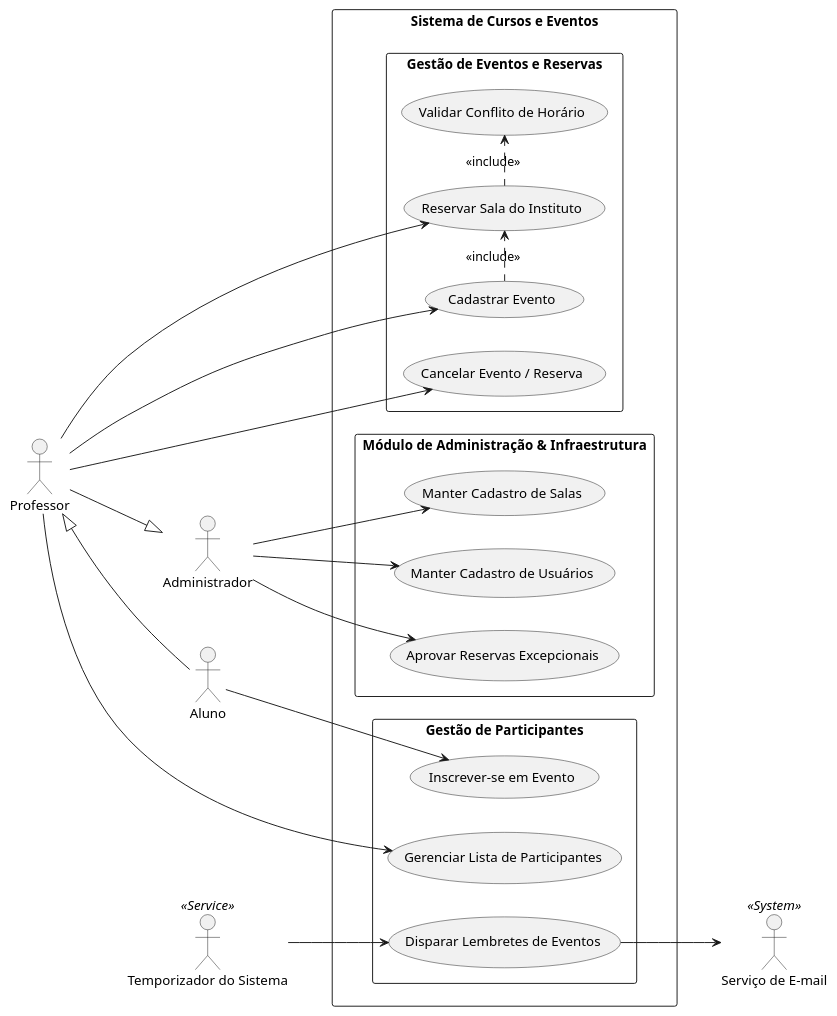
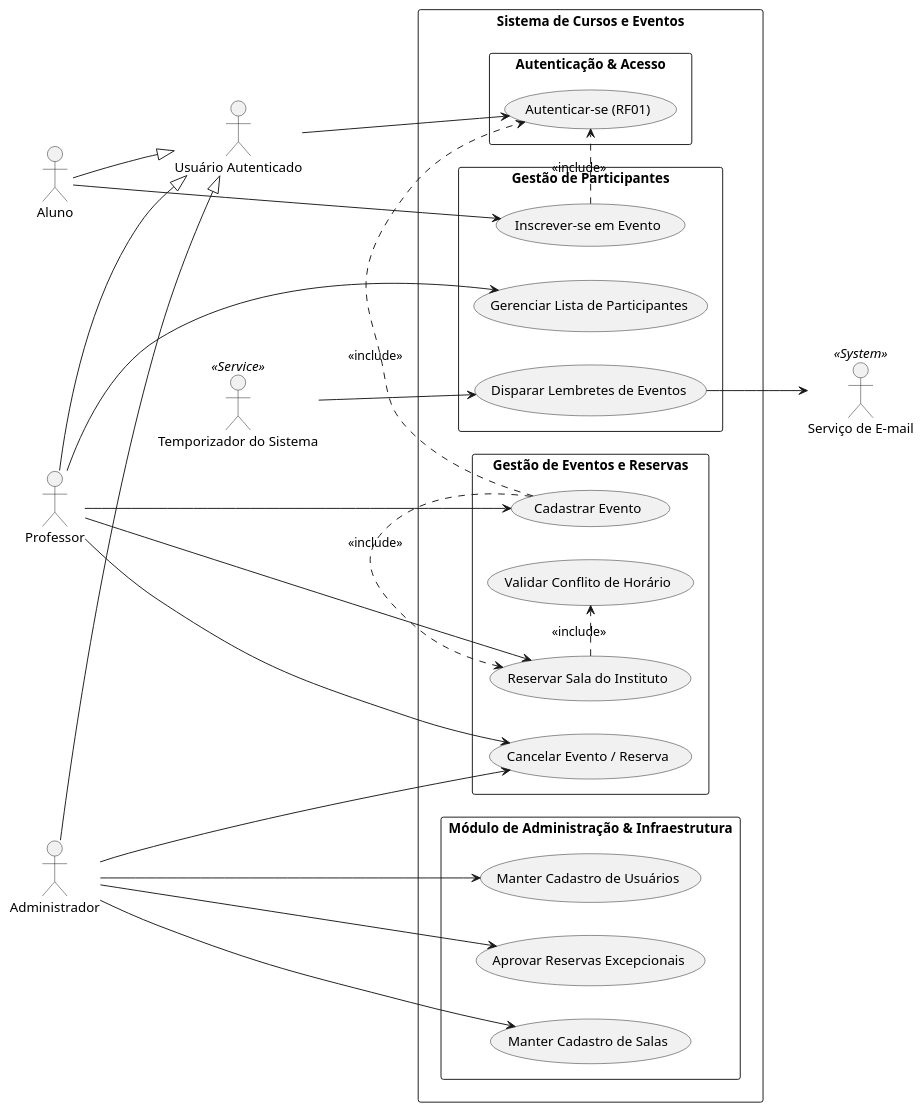
The diagram in doc/diagramas/usecade.plantuml (ErickGeovane0706/campus-event-hub), drawn with PlantUML before and after one commit. The commit also changed 4 other files, not shown here.

```diff
--- a/doc/diagramas/usecade.plantuml
+++ b/doc/diagramas/usecade.plantuml
@@ -1,58 +1,71 @@
 @startuml
 left to right direction
 skinparam packageStyle rectangle
 
+actor "Usuário Autenticado" as usuario
+actor "Aluno" as aluno
 actor "Professor" as prof
-actor "Aluno" as aluno
 actor "Administrador" as admin
 actor "Temporizador do Sistema" as timer <<Service>>
 actor "Serviço de E-mail" as email <<System>>
 
-' Heranças entre atores
-aluno -up-|> prof
-prof -down-|> admin
+' Especialização: Aluno, Professor e Administrador SÃO tipos de Usuário Autenticado
+aluno --|> usuario
+prof --|> usuario
+admin --|> usuario
 
 rectangle "Sistema de Cursos e Eventos" {
+
+    rectangle "Autenticação & Acesso" {
+        usecase "Autenticar-se (RF01)" as UC_Auth
+    }
 
     rectangle "Gestão de Eventos e Reservas" {
         usecase "Validar Conflito de Horário" as UC_Validar
         usecase "Reservar Sala do Instituto" as UC_Reservar
         usecase "Cadastrar Evento" as UC_Cadastrar
         usecase "Cancelar Evento / Reserva" as UC_Cancelar
 
         UC_Reservar .> UC_Validar : <<include>>
         UC_Cadastrar .> UC_Reservar : <<include>>
+        UC_Cadastrar .> UC_Auth : <<include>>
     }
 
     rectangle "Gestão de Participantes" {
         usecase "Inscrever-se em Evento" as UC_Inscrever
         usecase "Gerenciar Lista de Participantes" as UC_GerenciarPart
         usecase "Disparar Lembretes de Eventos" as UC_Disparar
+
+        UC_Inscrever .> UC_Auth : <<include>>
     }
 
     rectangle "Módulo de Administração & Infraestrutura" {
         usecase "Manter Cadastro de Salas" as UC_Salas
         usecase "Manter Cadastro de Usuários" as UC_Usuarios
         usecase "Aprovar Reservas Excepcionais" as UC_Aprovar
     }
 }
+
+' Todo usuário autenticado pode se autenticar (caso de uso herdado)
+usuario --> UC_Auth
 
 ' Relacionamentos do Professor
 prof --> UC_Reservar
 prof --> UC_Cadastrar
 prof --> UC_Cancelar
 prof --> UC_GerenciarPart
 
 ' Relacionamentos do Aluno
 aluno --> UC_Inscrever
 
 ' Relacionamentos do Temporizador e E-mail
 timer --> UC_Disparar
 UC_Disparar --> email
 
 ' Relacionamentos do Administrador
 admin --> UC_Salas
 admin --> UC_Usuarios
 admin --> UC_Aprovar
+admin --> UC_Cancelar
 
 @enduml
```
